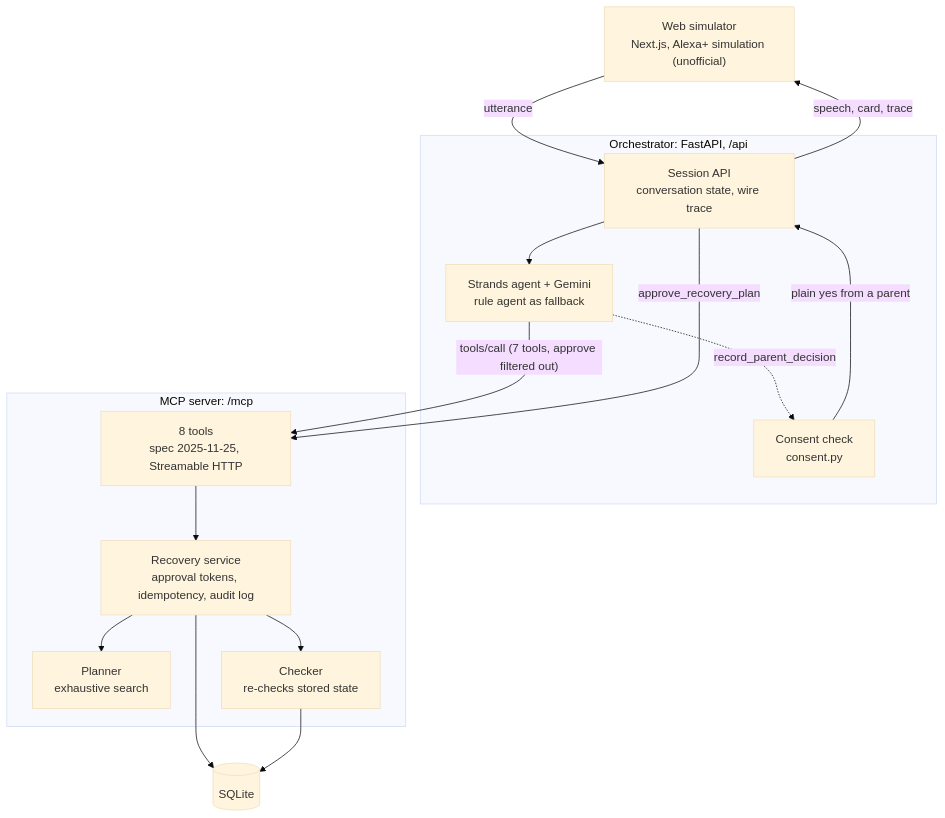
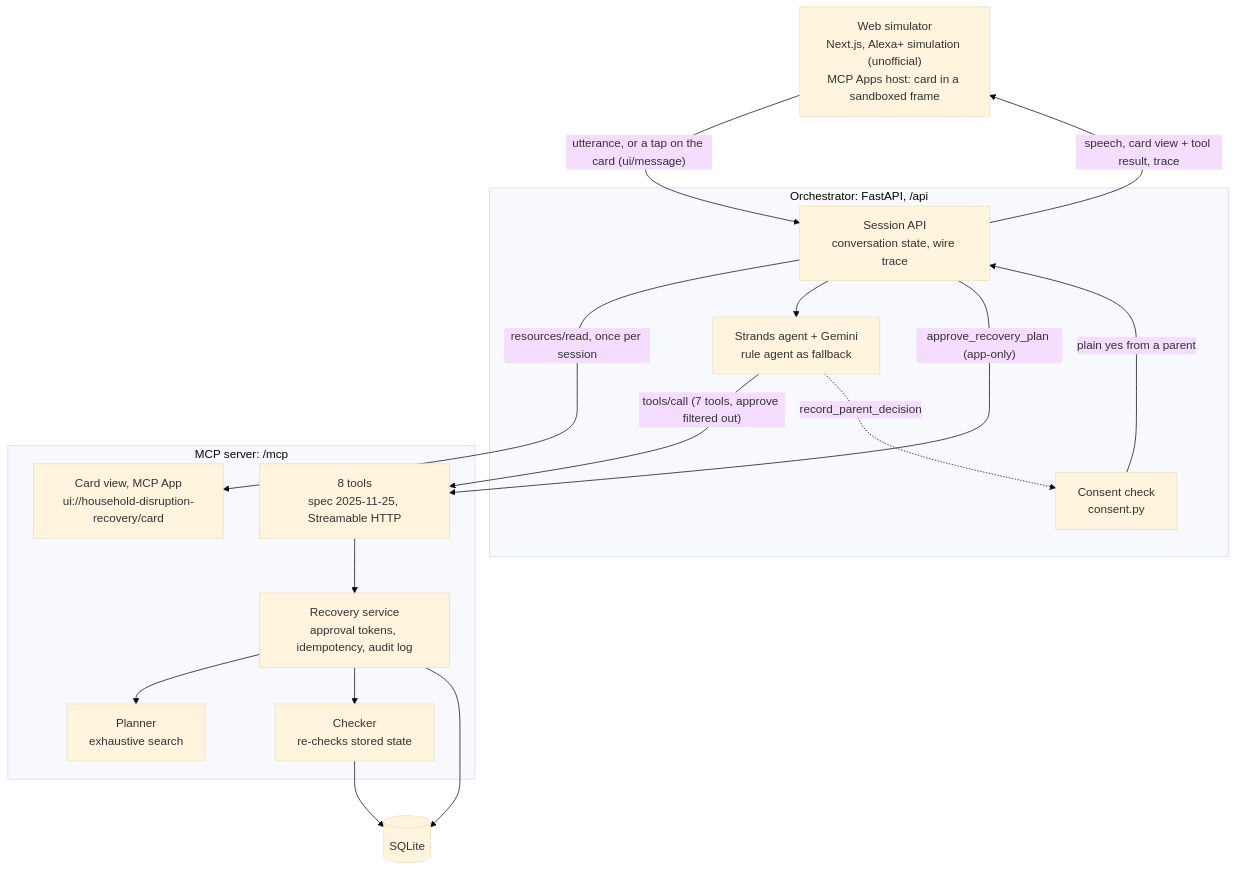
Before and after one commit to dltpgml1112/household-disruption-recovery: the first of 4 diagrams in README.md, drawn with Mermaid (base theme). The commit also changed other lines of this file and 150 other files, not shown here.

First line of the commit message:
MCP App card, wall display and phone views, evaluation run of 2026-10-21

````diff
--- a/README.md
+++ b/README.md
@@ -58,29 +77,31 @@
 ```mermaid
 flowchart TB
-    SIM["Web simulator<br/>Next.js, Alexa+ simulation (unofficial)"]
+    SIM["Web simulator<br/>Next.js, Alexa+ simulation (unofficial)<br/>MCP Apps host: card in a sandboxed frame"]
     subgraph ORCH["Orchestrator: FastAPI, /api"]
         API["Session API<br/>conversation state, wire trace"]
         AG["Strands agent + Gemini<br/>rule agent as fallback"]
         CON["Consent check<br/>consent.py"]
     end
     subgraph MCP["MCP server: /mcp"]
         TOOLS["8 tools<br/>spec 2025-11-25, Streamable HTTP"]
+        CARD["Card view, MCP App<br/>ui://household-disruption-recovery/card"]
         SVC["Recovery service<br/>approval tokens, idempotency, audit log"]
         PLN["Planner<br/>exhaustive search"]
         CHK["Checker<br/>re-checks stored state"]
     end
     DB[("SQLite")]
 
-    SIM -->|utterance| API
-    API -->|speech, card, trace| SIM
+    SIM -->|"utterance, or a tap on the card (ui/message)"| API
+    API -->|"speech, card view + tool result, trace"| SIM
+    API -->|"resources/read, once per session"| CARD
     API --> AG
     AG -->|"tools/call (7 tools, approve filtered out)"| TOOLS
     AG -.->|record_parent_decision| CON
     CON -->|plain yes from a parent| API
-    API -->|approve_recovery_plan| TOOLS
+    API -->|"approve_recovery_plan (app-only)"| TOOLS
     TOOLS --> SVC
     SVC --> PLN
     SVC --> CHK
     SVC --> DB
     CHK --> DB
 ```
````
